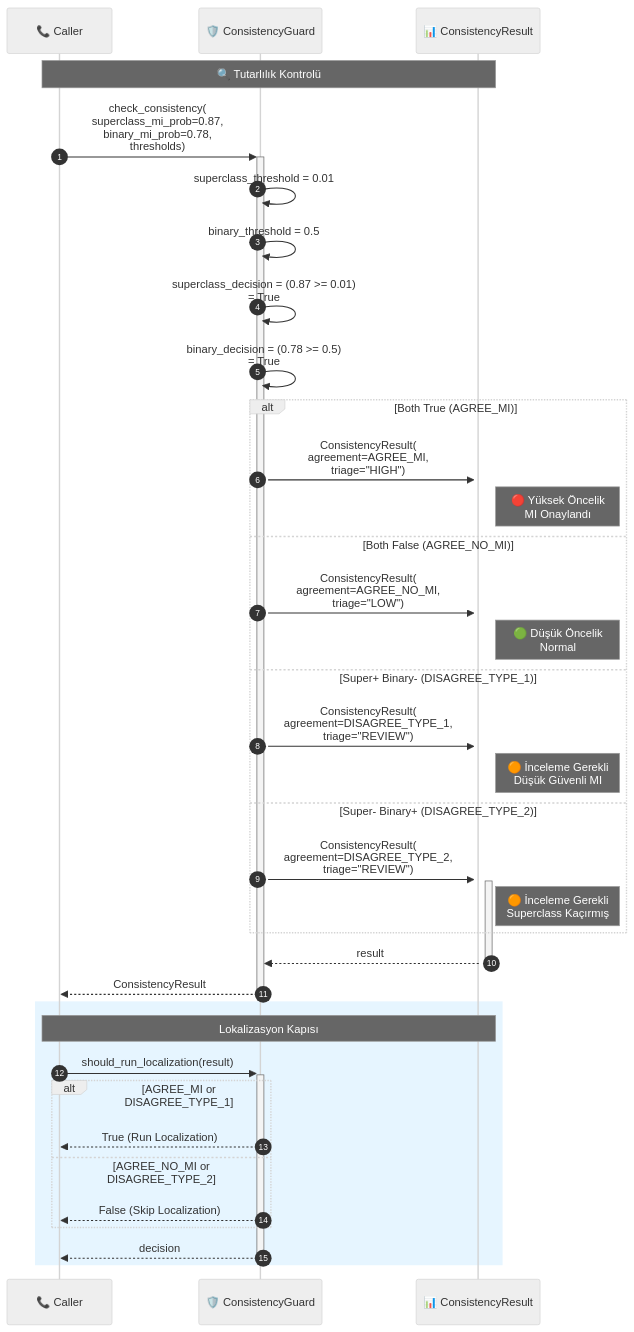
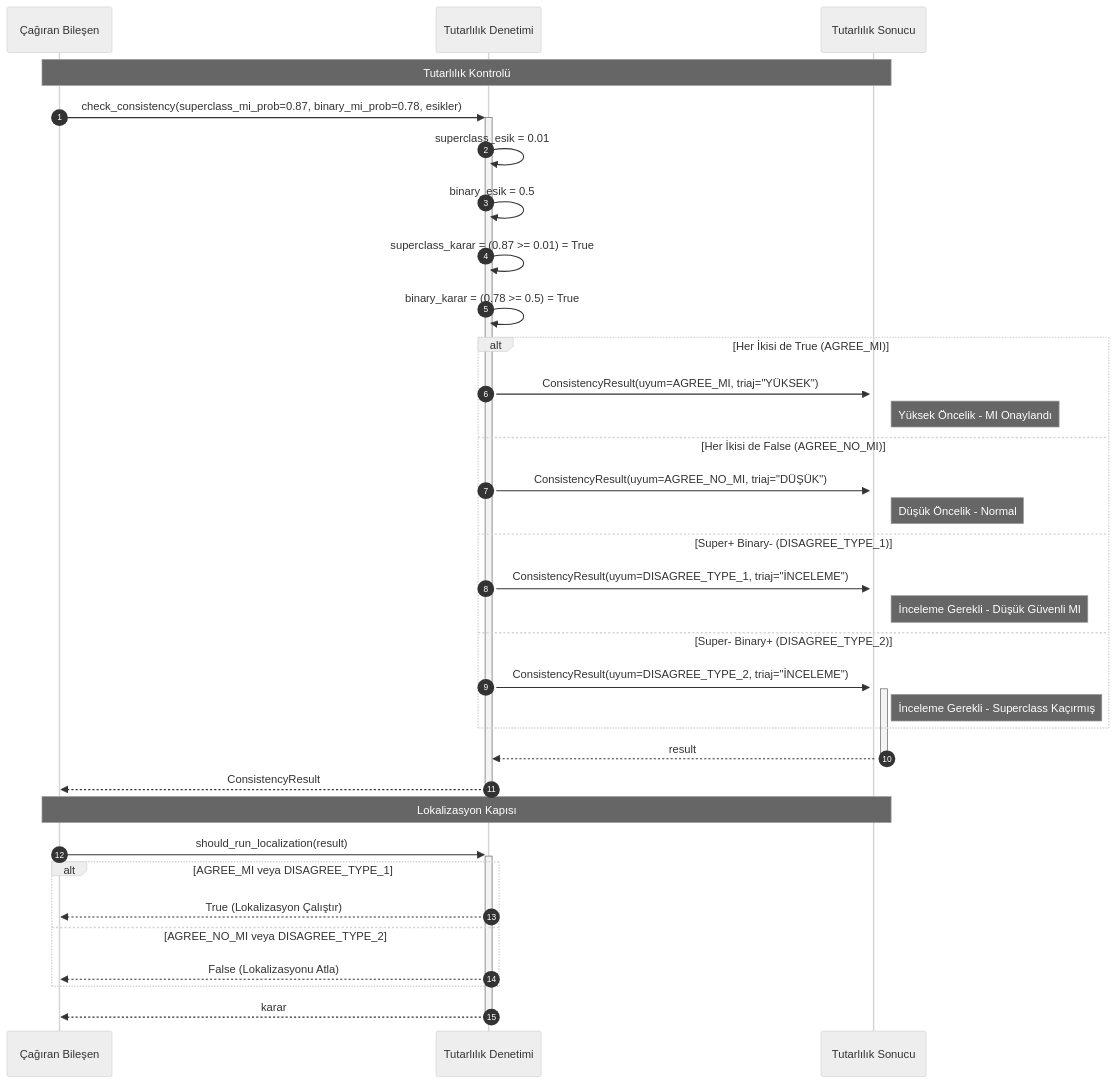
The third of 10 diagrams in docs/diagrams/06_sequence_diagram.md (mUsaulug/CardioGuard-AI), drawn with Mermaid (neutral theme) before and after one commit. The commit also changed other lines of this file and 5 other files, not shown here.

````diff
--- a/docs/diagrams/06_sequence_diagram.md
+++ b/docs/diagrams/06_sequence_diagram.md
@@ -240,47 +232,46 @@
 ```mermaid
 sequenceDiagram
     autonumber
     
-    participant Caller as 📞 Caller
-    participant Guard as 🛡️ ConsistencyGuard
-    participant Result as 📊 ConsistencyResult
+    participant Cagiran as Çağıran Bileşen
+    participant Guard as Tutarlılık Denetimi
+    participant Result as Tutarlılık Sonucu
     
-    Note over Caller, Result: 🔍 Tutarlılık Kontrolü
+    Note over Cagiran, Result: Tutarlılık Kontrolü
     
-    Caller->>+Guard: check_consistency(<br/>superclass_mi_prob=0.87,<br/>binary_mi_prob=0.78,<br/>thresholds)
+    Cagiran->>+Guard: check_consistency(superclass_mi_prob=0.87, binary_mi_prob=0.78, esikler)
     
-    Guard->>Guard: superclass_threshold = 0.01
-    Guard->>Guard: binary_threshold = 0.5
+    Guard->>Guard: superclass_esik = 0.01
+    Guard->>Guard: binary_esik = 0.5
     
-    Guard->>Guard: superclass_decision = (0.87 >= 0.01)<br/>= True
-    Guard->>Guard: binary_decision = (0.78 >= 0.5)<br/>= True
+    Guard->>Guard: superclass_karar = (0.87 >= 0.01) = True
+    Guard->>Guard: binary_karar = (0.78 >= 0.5) = True
     
-    alt Both True (AGREE_MI)
-        Guard->>+Result: ConsistencyResult(<br/>agreement=AGREE_MI,<br/>triage="HIGH")
-        Note right of Result: 🔴 Yüksek Öncelik<br/>MI Onaylandı
-    else Both False (AGREE_NO_MI)
-        Guard->>+Result: ConsistencyResult(<br/>agreement=AGREE_NO_MI,<br/>triage="LOW")
-        Note right of Result: 🟢 Düşük Öncelik<br/>Normal
+    alt Her İkisi de True (AGREE_MI)
+        Guard->>+Result: ConsistencyResult(uyum=AGREE_MI, triaj="YÜKSEK")
+        Note right of Result: Yüksek Öncelik - MI Onaylandı
+    else Her İkisi de False (AGREE_NO_MI)
+        Guard->>+Result: ConsistencyResult(uyum=AGREE_NO_MI, triaj="DÜŞÜK")
+        Note right of Result: Düşük Öncelik - Normal
     else Super+ Binary- (DISAGREE_TYPE_1)
-        Guard->>+Result: ConsistencyResult(<br/>agreement=DISAGREE_TYPE_1,<br/>triage="REVIEW")
-        Note right of Result: 🟠 İnceleme Gerekli<br/>Düşük Güvenli MI
+        Guard->>+Result: ConsistencyResult(uyum=DISAGREE_TYPE_1, triaj="İNCELEME")
+        Note right of Result: İnceleme Gerekli - Düşük Güvenli MI
     else Super- Binary+ (DISAGREE_TYPE_2)
-        Guard->>+Result: ConsistencyResult(<br/>agreement=DISAGREE_TYPE_2,<br/>triage="REVIEW")
-        Note right of Result: 🟠 İnceleme Gerekli<br/>Superclass Kaçırmış
+        Guard->>+Result: ConsistencyResult(uyum=DISAGREE_TYPE_2, triaj="İNCELEME")
+        Note right of Result: İnceleme Gerekli - Superclass Kaçırmış
     end
     
     Result-->>-Guard: result
-    Guard-->>-Caller: ConsistencyResult
+    Guard-->>-Cagiran: ConsistencyResult
     
-    rect rgb(230, 245, 255)
-        Note over Caller, Result: Lokalizasyon Kapısı
-        Caller->>+Guard: should_run_localization(result)
-        
-        alt AGREE_MI or DISAGREE_TYPE_1
-            Guard-->>Caller: True (Run Localization)
-        else AGREE_NO_MI or DISAGREE_TYPE_2
-            Guard-->>Caller: False (Skip Localization)
-        end
-        Guard-->>-Caller: decision
+    Note over Cagiran, Result: Lokalizasyon Kapısı
+    
+    Cagiran->>+Guard: should_run_localization(result)
+    
+    alt AGREE_MI veya DISAGREE_TYPE_1
+        Guard-->>Cagiran: True (Lokalizasyon Çalıştır)
+    else AGREE_NO_MI veya DISAGREE_TYPE_2
+        Guard-->>Cagiran: False (Lokalizasyonu Atla)
     end
+    Guard-->>-Cagiran: karar
 ```
````
